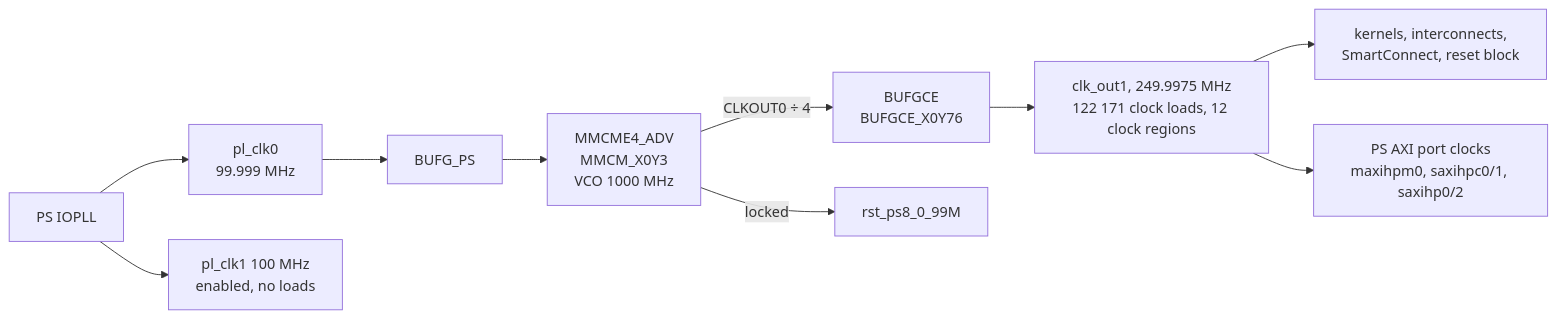
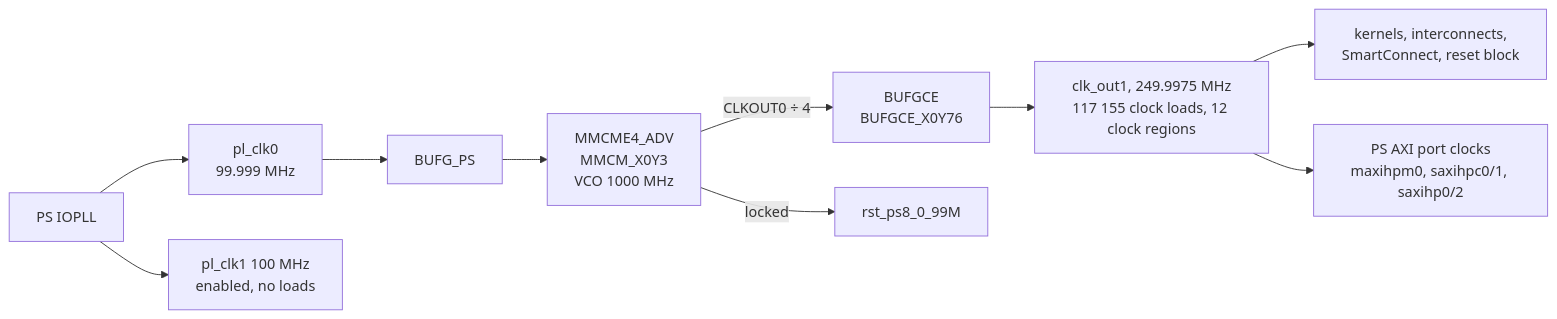
The fifth of 8 diagrams in doc/ARCHITECTURE.md (phoenix367/cormorant), drawn with Mermaid before and after one commit. The commit also changed other lines of this file and 77 other files, not shown here.

````diff
--- a/doc/ARCHITECTURE.md
+++ b/doc/ARCHITECTURE.md
@@ -328,12 +330,12 @@
 ```mermaid
 flowchart LR
   IOPLL["PS IOPLL"] --> PL0["pl_clk0<br/>99.999 MHz"]
   IOPLL --> PL1["pl_clk1 100 MHz<br/>enabled, no loads"]
   PL0 --> BUFGPS["BUFG_PS"]
   BUFGPS --> MMCM["MMCME4_ADV<br/>MMCM_X0Y3<br/>VCO 1000 MHz"]
   MMCM -->|"CLKOUT0 ÷ 4"| BUFGCE["BUFGCE<br/>BUFGCE_X0Y76"]
-  BUFGCE --> G0["clk_out1, 249.9975 MHz<br/>122 171 clock loads, 12 clock regions"]
+  BUFGCE --> G0["clk_out1, 249.9975 MHz<br/>117 155 clock loads, 12 clock regions"]
   G0 --> K["kernels, interconnects,<br/>SmartConnect, reset block"]
   G0 --> PSP["PS AXI port clocks<br/>maxihpm0, saxihpc0/1, saxihp0/2"]
   MMCM -->|"locked"| RST["rst_ps8_0_99M"]
 ```
````
